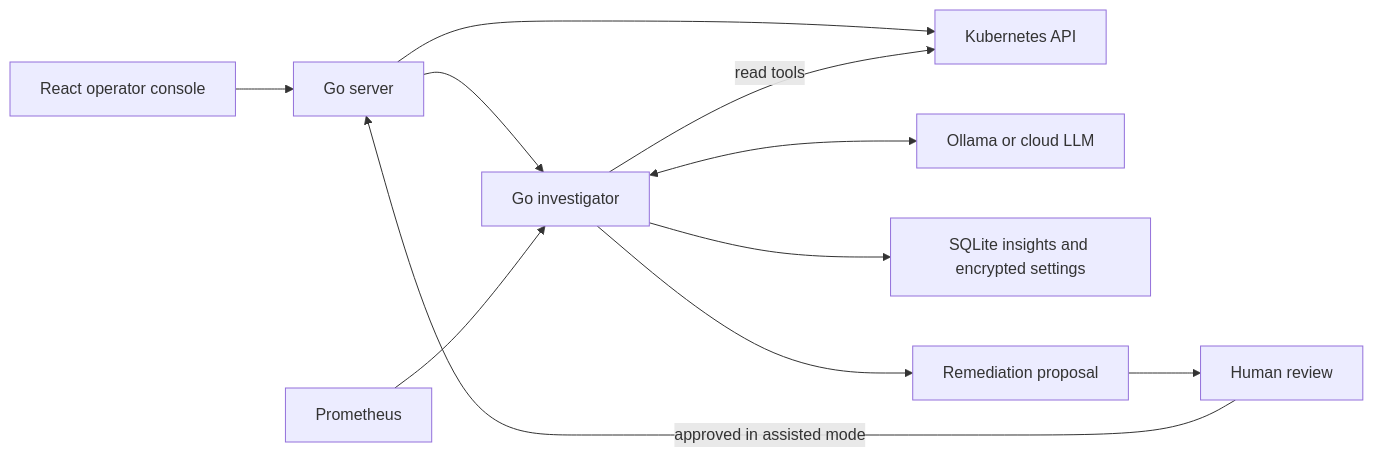
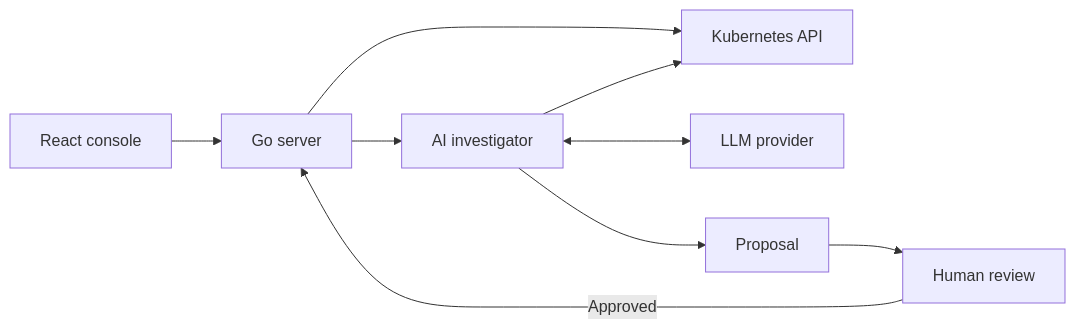
The diagram in README.md (aneeshreddy2304/IncidentPilot), drawn with Mermaid before and after one commit. The commit also changed other lines of this file and 7 other files, not shown here.

````diff
--- a/README.md
+++ b/README.md
@@ -31,13 +24,11 @@
 ```mermaid
 flowchart LR
-    UI[React operator console] --> S[Go server]
-    S --> K[Kubernetes API]
-    S --> A[Go investigator]
-    A -->|read tools| K
-    A <--> L[Ollama or cloud LLM]
-    A --> DB[SQLite insights and encrypted settings]
-    P[Prometheus] --> A
-    A --> Q[Remediation proposal]
-    Q --> H[Human review]
-    H -->|approved in assisted mode| S
+  A[React console] --> B[Go server]
+  B --> C[Kubernetes API]
+  B --> D[AI investigator]
+  D --> C
+  D <--> E[LLM provider]
+  D --> F[Proposal]
+  F --> G[Human review]
+  G -->|Approved| B
 ```
````
